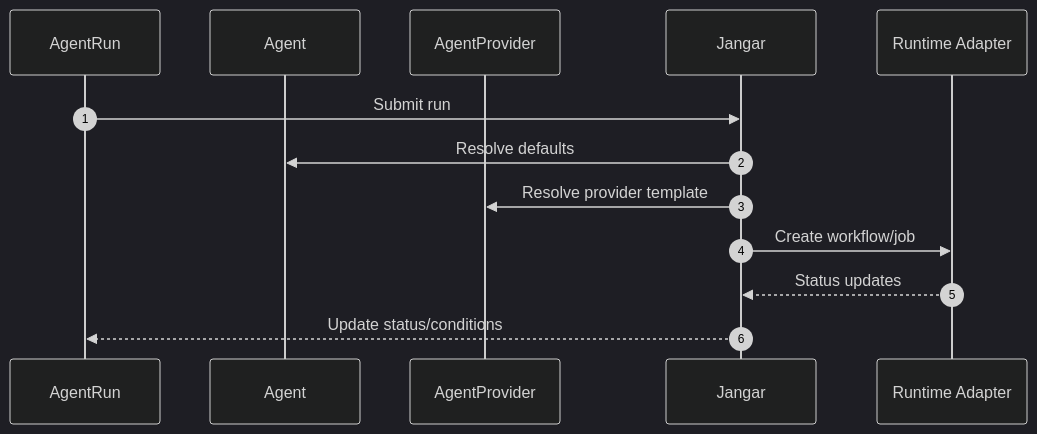
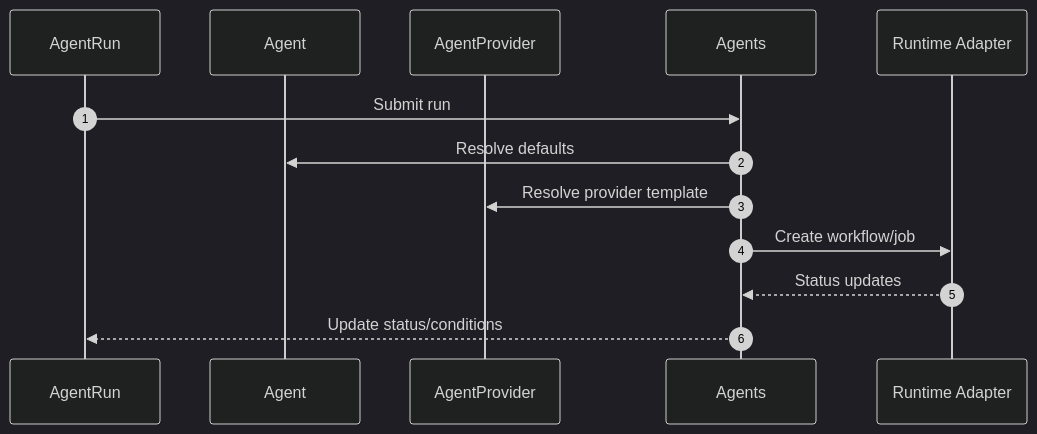
One commit to proompteng/lab changed the third of 4 diagrams in docs/agents/agents-helm-chart-design.md. Above: the diagram before and after it, drawn with Mermaid (dark theme). The commit also changed other lines of this file and 68 other files, not shown here.

````diff
--- a/docs/agents/agents-helm-chart-design.md
+++ b/docs/agents/agents-helm-chart-design.md
@@ -268,15 +268,15 @@
 ```mermaid
 sequenceDiagram
   autonumber
   participant AR as AgentRun
   participant AG as Agent
   participant PR as AgentProvider
-  participant J as Jangar
+  participant J as Agents
   participant RT as Runtime Adapter
   AR->>J: Submit run
   J->>AG: Resolve defaults
   J->>PR: Resolve provider template
   J->>RT: Create workflow/job
   RT-->>J: Status updates
   J-->>AR: Update status/conditions
 ```
````
